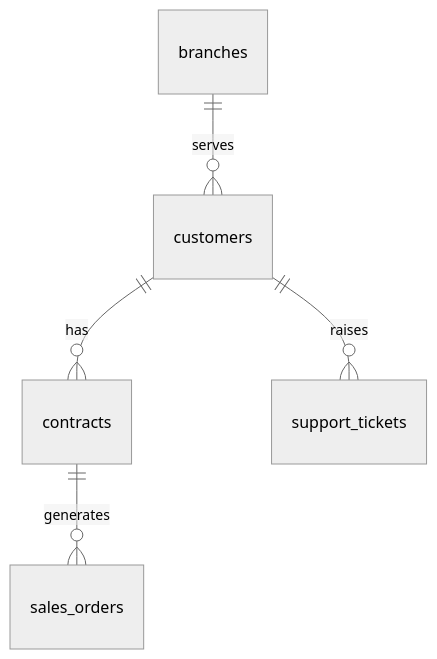
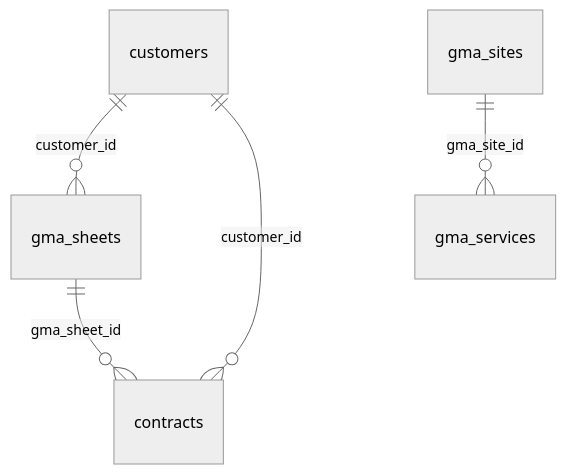
Before and after one commit to Aurifex-Innovations/ERP_docs: the fifth of 6 diagrams in Dashboard_final_v0/customer-management-dashboard.md, drawn with Mermaid (neutral theme). The commit also changed other lines of this file, not shown here.

````diff
--- a/Dashboard_final_v0/customer-management-dashboard.md
+++ b/Dashboard_final_v0/customer-management-dashboard.md
@@ -328,7 +479,7 @@
 ```mermaid
 erDiagram
-  customers ||--o{ contracts : has
-  contracts ||--o{ sales_orders : generates
-  customers ||--o{ support_tickets : raises
-  branches ||--o{ customers : serves
+  customers ||--o{ gma_sheets : customer_id
+  customers ||--o{ contracts : customer_id
+  gma_sheets ||--o{ contracts : gma_sheet_id
+  gma_sites ||--o{ gma_services : gma_site_id
 ```
````
